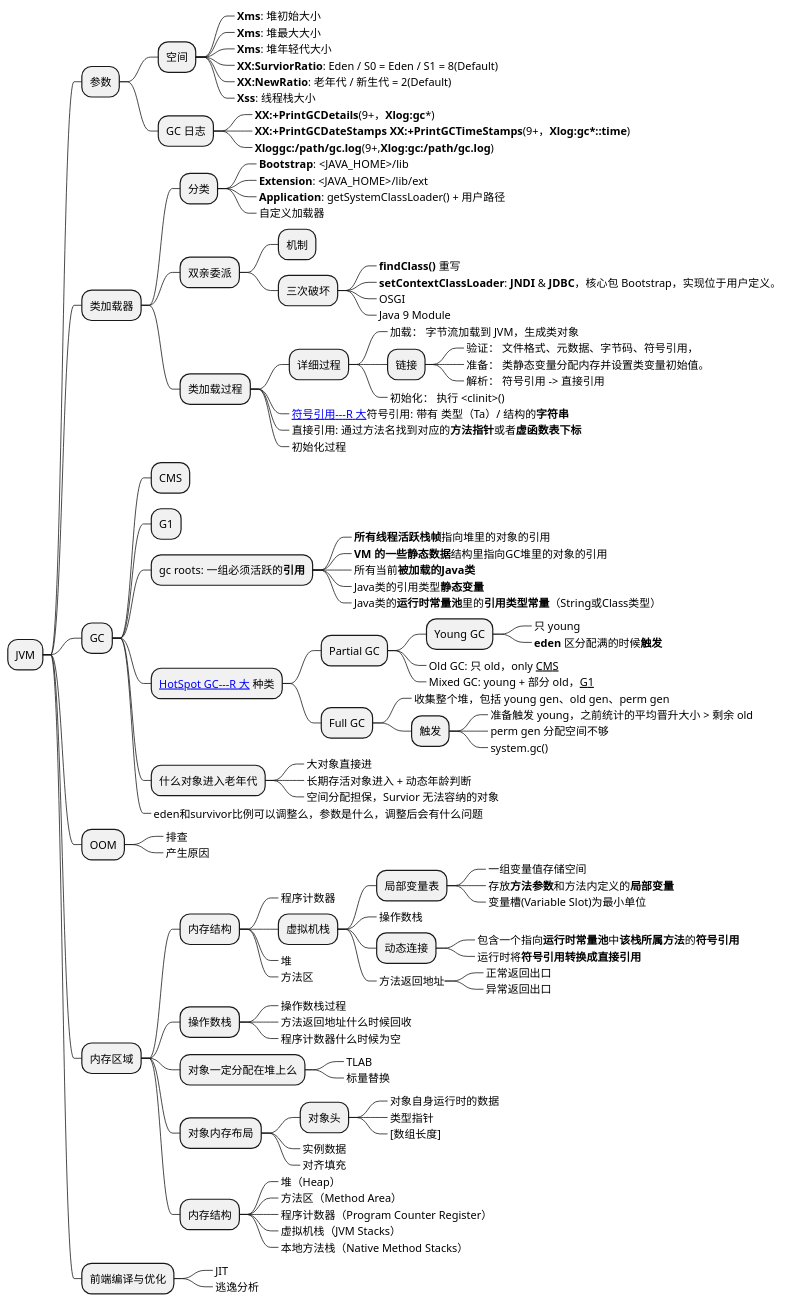
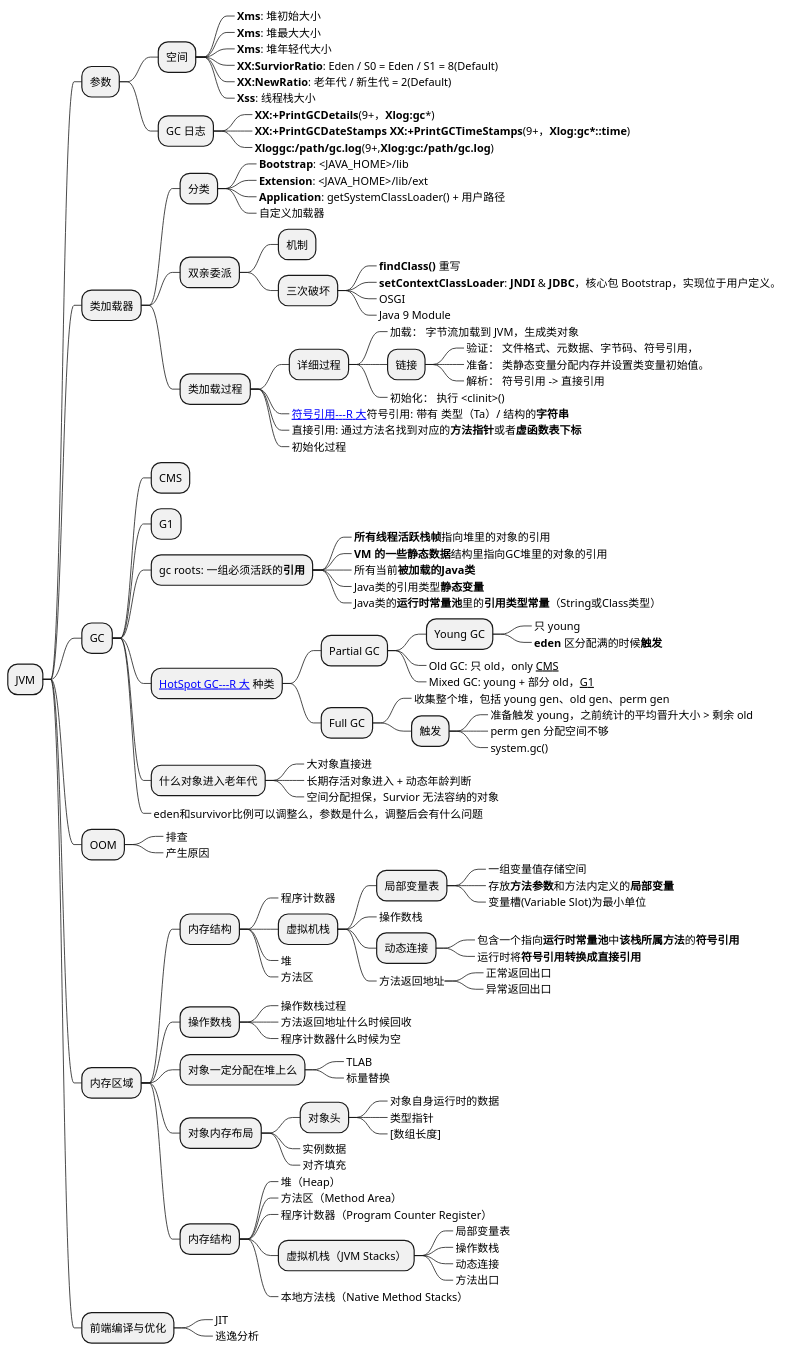
One commit to Gh0st99/Gh0st99.github.io changed the second of 11 diagrams in _posts/2021-05-27-查漏补缺.md. Above: the diagram before and after it, drawn with PlantUML. The commit also changed other lines of this file and 7 other files, not shown here.

```diff
--- a/_posts/2021-05-27-查漏补缺.md
+++ b/_posts/2021-05-27-查漏补缺.md
@@ -344,7 +354,11 @@
 ****_ 堆（Heap）
 ****_ 方法区（Method Area）
 ****_ 程序计数器（Program Counter Register）
-****_ 虚拟机栈（JVM Stacks）
+**** 虚拟机栈（JVM Stacks）
+*****_ 局部变量表
+*****_ 操作数栈
+*****_ 动态连接
+*****_ 方法出口
 ****_ 本地方法栈（Native Method Stacks）
 
 ** 前端编译与优化
```
